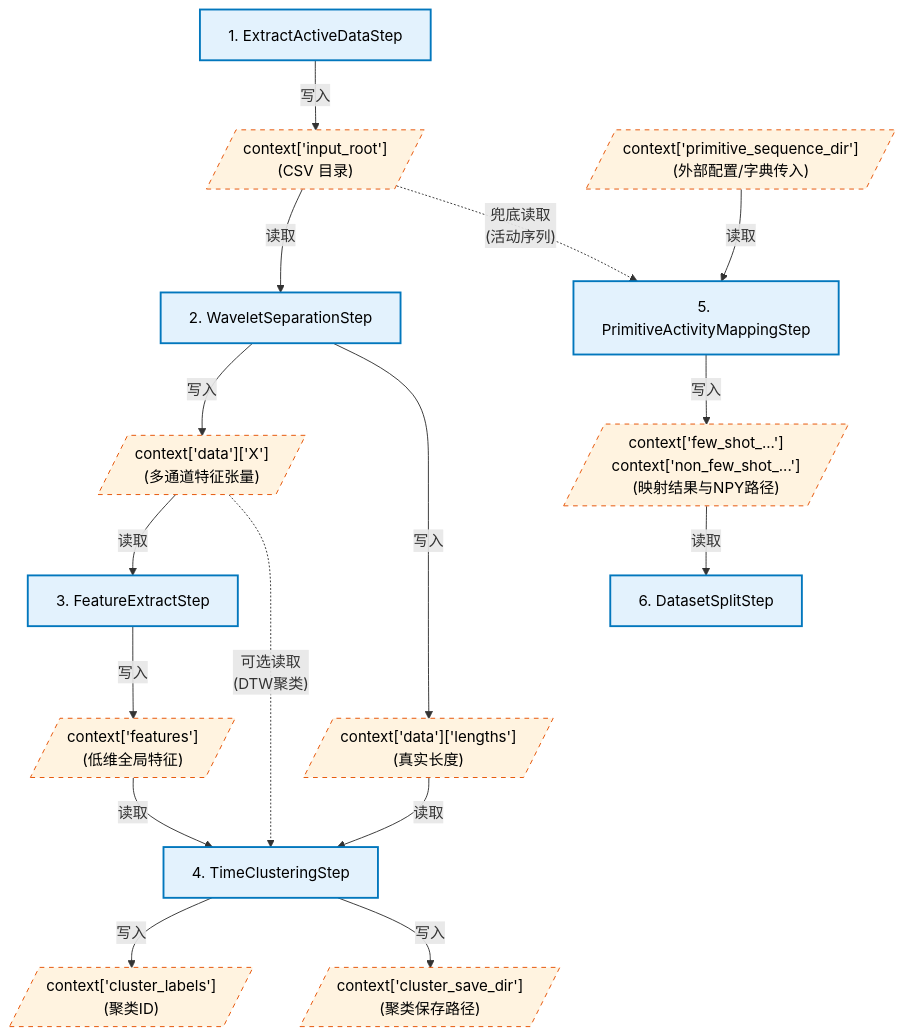
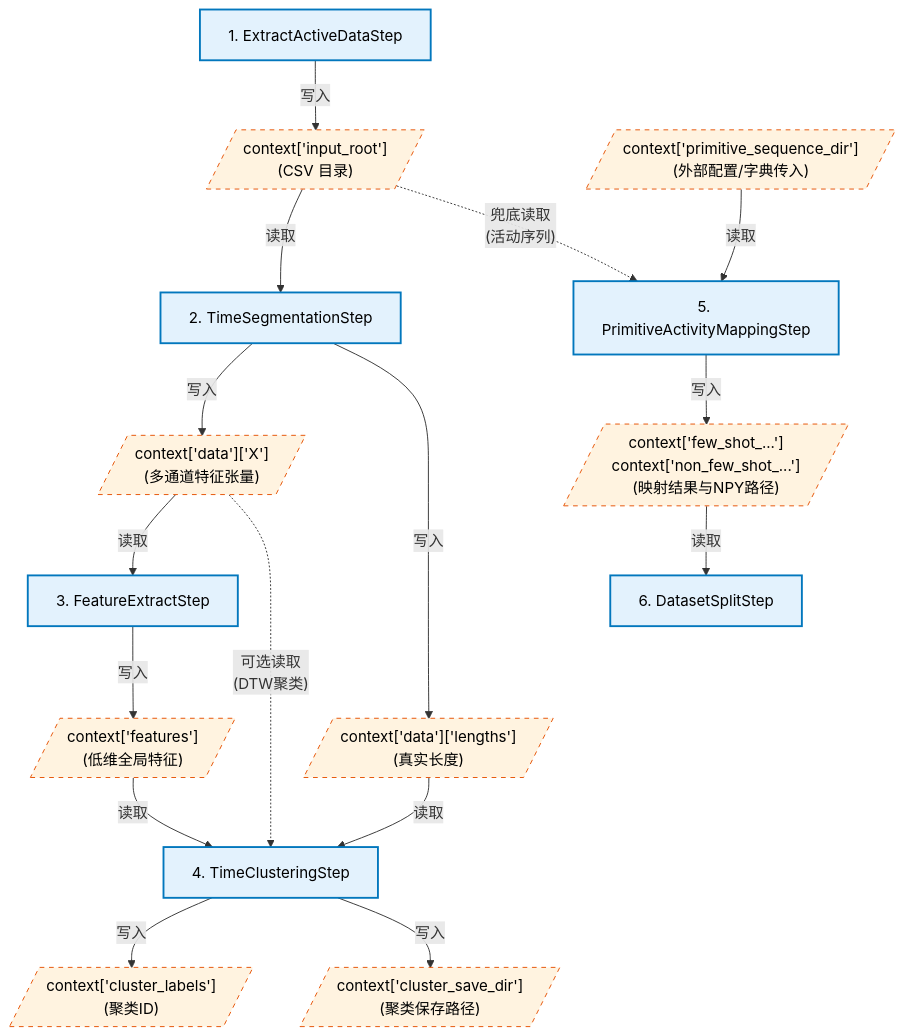
The second of 2 diagrams in doc/workflow.md (Xing126/PSLG-NILM), drawn with Mermaid before and after one commit. The commit also changed other lines of this file and 37 other files, not shown here.

````diff
--- a/doc/workflow.md
+++ b/doc/workflow.md
@@ -63,46 +63,46 @@
 ```mermaid
     graph TD
         %% 样式定义
         classDef stepNode fill:#e3f2fd,stroke:#0277bd,stroke-width:2px,color:#000
         classDef dataNode fill:#fff3e0,stroke:#e65100,stroke-width:1px,stroke-dasharray: 5 5,color:#000
     
         %% 步骤节点
         EAD[1. ExtractActiveDataStep]:::stepNode
-        WS[2. WaveletSeparationStep]:::stepNode
+        TS[2. TimeSegmentationStep]:::stepNode
         FE[3. FeatureExtractStep]:::stepNode
         TC[4. TimeClusteringStep]:::stepNode
         PAM[5. PrimitiveActivityMappingStep]:::stepNode
         DS[6. DatasetSplitStep]:::stepNode
     
         %% 变量节点
         CTX_IR[/"context['input_root']<br/>(CSV 目录)"/]:::dataNode
         CTX_X[/"context['data']['X']<br/>(多通道特征张量)"/]:::dataNode
         CTX_LEN[/"context['data']['lengths']<br/>(真实长度)"/]:::dataNode
         CTX_FEAT[/"context['features']<br/>(低维全局特征)"/]:::dataNode
         CTX_LBL[/"context['cluster_labels']<br/>(聚类ID)"/]:::dataNode
         CTX_CSD[/"context['cluster_save_dir']<br/>(聚类保存路径)"/]:::dataNode
         CTX_PRIM[/"context['primitive_sequence_dir']<br/>(外部配置/字典传入)"/]:::dataNode
         CTX_MAPPING[/"context['few_shot_...']<br/>context['non_few_shot_...']<br/>(映射结果与NPY路径)"/]:::dataNode
     
         %% 关系连线
         EAD -->|写入| CTX_IR
-        CTX_IR -->|读取| WS
+        CTX_IR -->|读取| TS
         CTX_IR -.->|"兜底读取<br/>(活动序列)"| PAM
         
-        WS -->|写入| CTX_X
-        WS -->|写入| CTX_LEN
+        TS -->|写入| CTX_X
+        TS -->|写入| CTX_LEN
         
         CTX_X -->|读取| FE
         FE -->|写入| CTX_FEAT
         
         CTX_FEAT -->|读取| TC
         CTX_X -.->|"可选读取<br/>(DTW聚类)"| TC
         CTX_LEN -->|读取| TC
         TC -->|写入| CTX_LBL
         TC -->|写入| CTX_CSD
         
         CTX_PRIM -->|读取| PAM
         PAM -->|写入| CTX_MAPPING
         
         CTX_MAPPING -->|读取| DS
 ```
````
